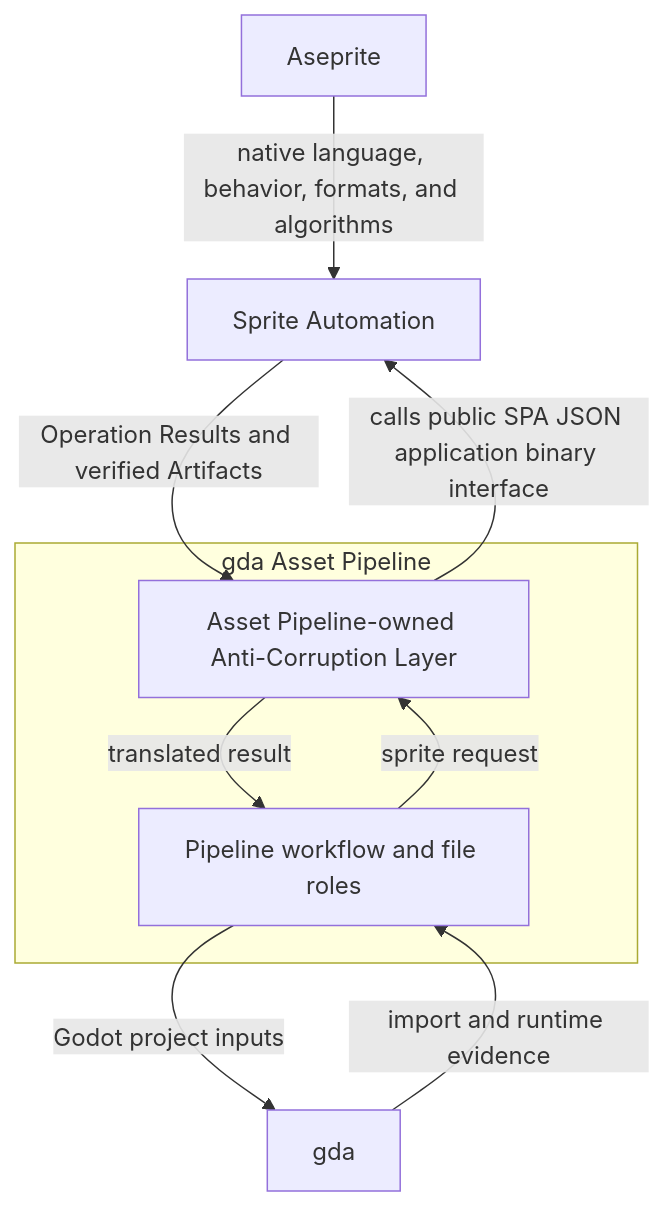
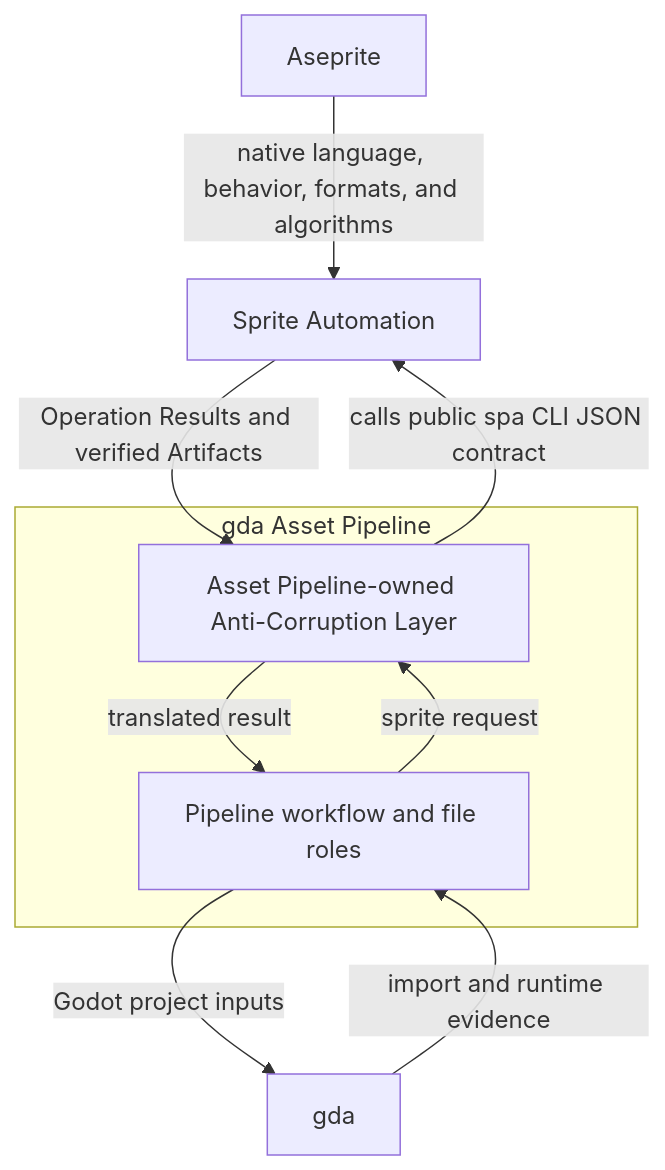
Before and after one commit to aigengame/aseprite-automation: the second of 7 diagrams in ARCHITECTURE.md, drawn with Mermaid. The commit also changed other lines of this file and 10 other files, not shown here.

````diff
--- a/ARCHITECTURE.md
+++ b/ARCHITECTURE.md
@@ -135,16 +139,16 @@
 ```mermaid
 flowchart TB
     Aseprite[Aseprite] -->|native language, behavior, formats, and algorithms| SPA[Sprite Automation]
 
     subgraph Pipeline[gda Asset Pipeline]
         ACL[Asset Pipeline-owned Anti-Corruption Layer]
         Workflow[Pipeline workflow and file roles]
         Workflow -->|sprite request| ACL
         ACL -->|translated result| Workflow
     end
 
-    ACL -->|calls public SPA JSON application binary interface| SPA
+    ACL -->|calls public spa CLI JSON contract| SPA
     SPA -->|Operation Results and verified Artifacts| ACL
     Workflow -->|Godot project inputs| GDA[gda]
     GDA -->|import and runtime evidence| Workflow
 ```
````
